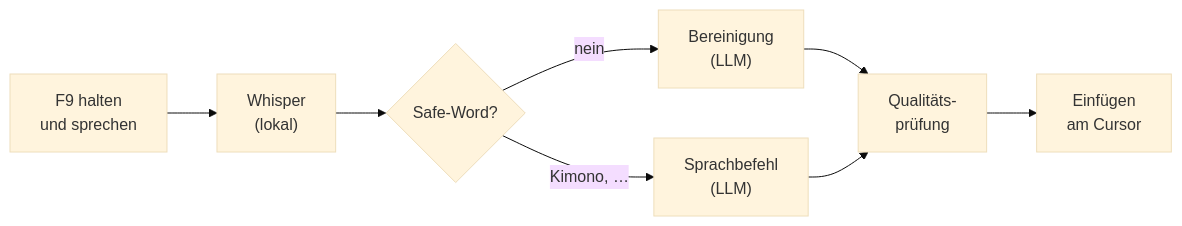
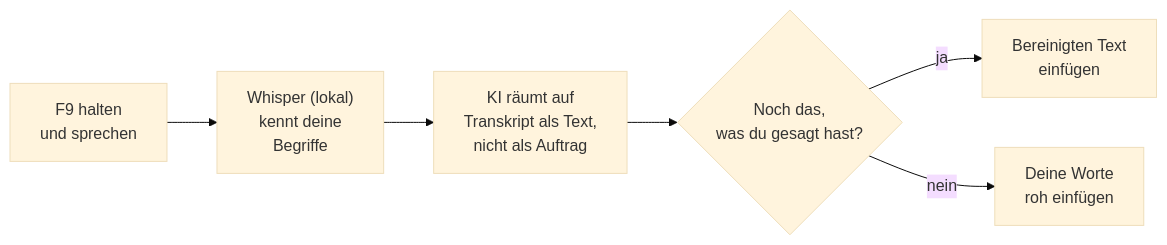
One commit to FynnXland/fleech changed the diagram in README.de.md. Above: the diagram before and after it, drawn with Mermaid (base theme). The commit also changed other lines of this file and 20 other files, not shown here.

````diff
--- a/README.de.md
+++ b/README.de.md
@@ -42,10 +59,8 @@
 ```mermaid
 flowchart LR
-    A["F9 halten<br/>und sprechen"] --> B["Whisper<br/>(lokal)"]
-    B --> C{"Safe-Word?"}
-    C -->|nein| D["Bereinigung<br/>(LLM)"]
-    C -->|"Kimono, …"| E["Sprachbefehl<br/>(LLM)"]
-    D --> F["Qualitäts-<br/>prüfung"]
-    E --> F
-    F --> G["Einfügen<br/>am Cursor"]
+    A["F9 halten<br/>und sprechen"] --> B["Whisper (lokal)<br/>kennt deine<br/>Begriffe"]
+    B --> C["KI räumt auf<br/>Transkript als Text,<br/>nicht als Auftrag"]
+    C --> D{"Noch das,<br/>was du gesagt hast?"}
+    D -->|ja| E["Bereinigten Text<br/>einfügen"]
+    D -->|nein| F["Deine Worte<br/>roh einfügen"]
 ```
````
